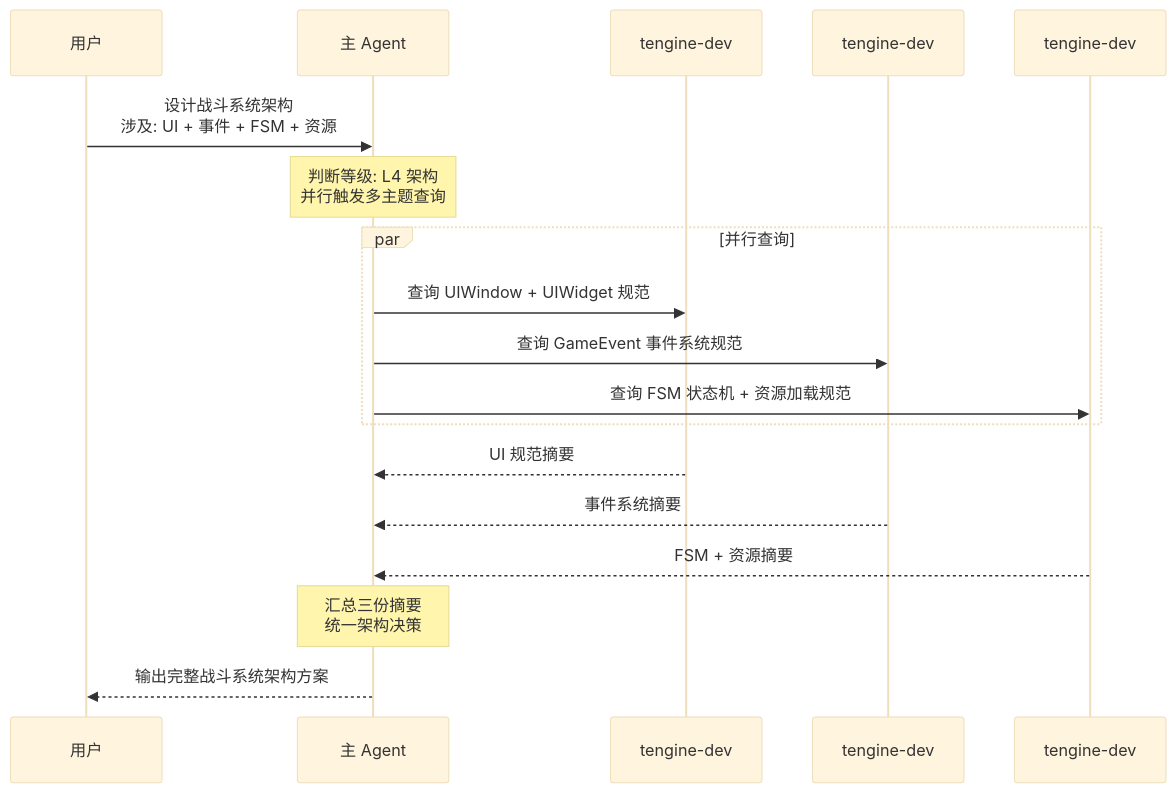
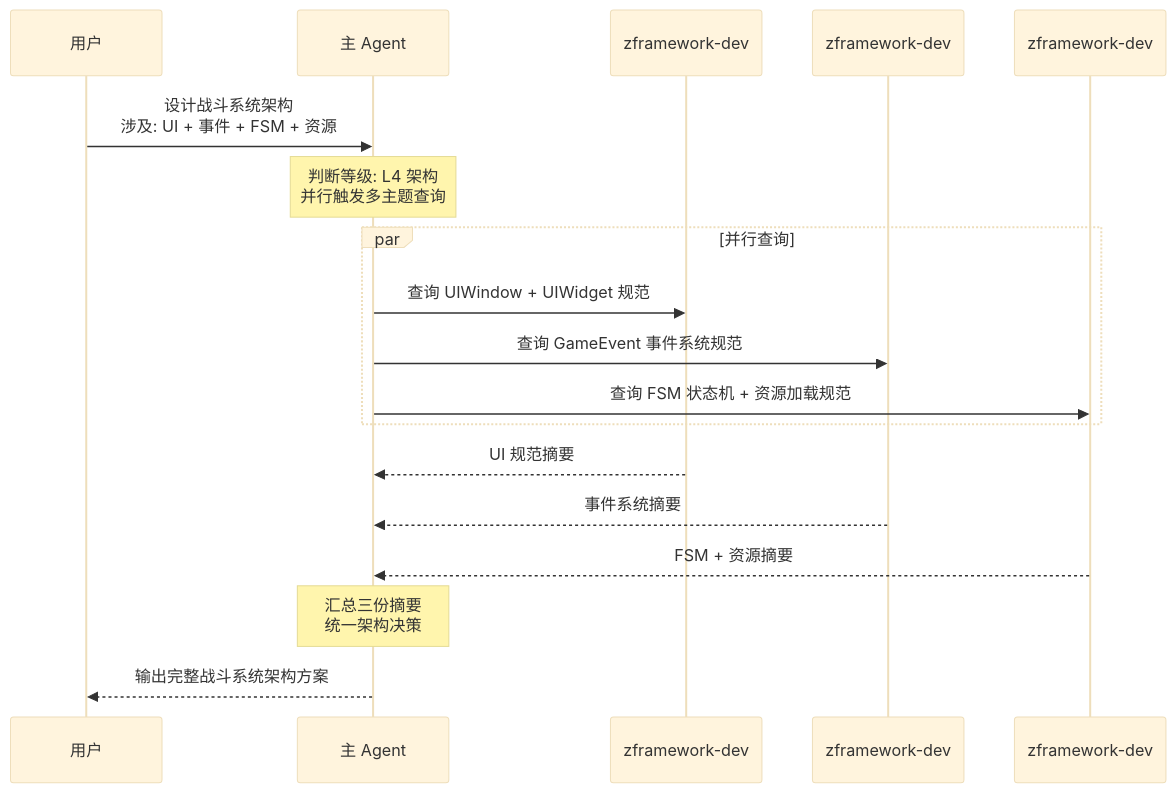
The fourth of 5 diagrams in README.md (Hubr1zz/ZFramework), drawn with Mermaid (base theme) before and after one commit. The commit also changed other lines of this file and 1773 other files, not shown here.

````diff
--- a/README.md
+++ b/README.md
@@ -204,25 +206,25 @@
 ```mermaid
 sequenceDiagram
     participant U as 用户
     participant M as 主 Agent
-    participant S1 as tengine-dev #1
-    participant S2 as tengine-dev #2
-    participant S3 as tengine-dev #3
+    participant S1 as zframework-dev #1
+    participant S2 as zframework-dev #2
+    participant S3 as zframework-dev #3
 
     U->>M: 设计战斗系统架构<br/>涉及: UI + 事件 + FSM + 资源
 
     Note over M: 判断等级: L4 架构<br/>并行触发多主题查询
 
     par 并行查询
         M->>S1: 查询 UIWindow + UIWidget 规范
         M->>S2: 查询 GameEvent 事件系统规范
         M->>S3: 查询 FSM 状态机 + 资源加载规范
     end
 
     S1-->>M: UI 规范摘要
     S2-->>M: 事件系统摘要
     S3-->>M: FSM + 资源摘要
 
     Note over M: 汇总三份摘要<br/>统一架构决策
     M-->>U: 输出完整战斗系统架构方案
 ```
````
